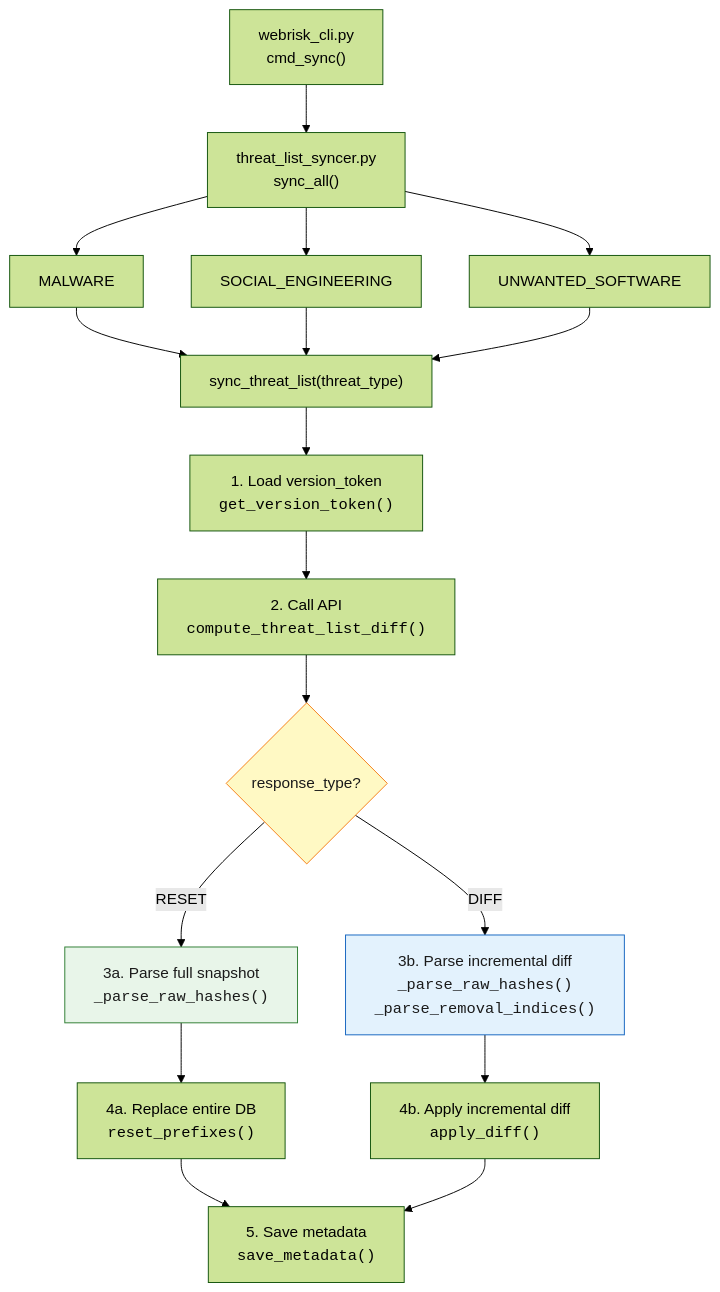
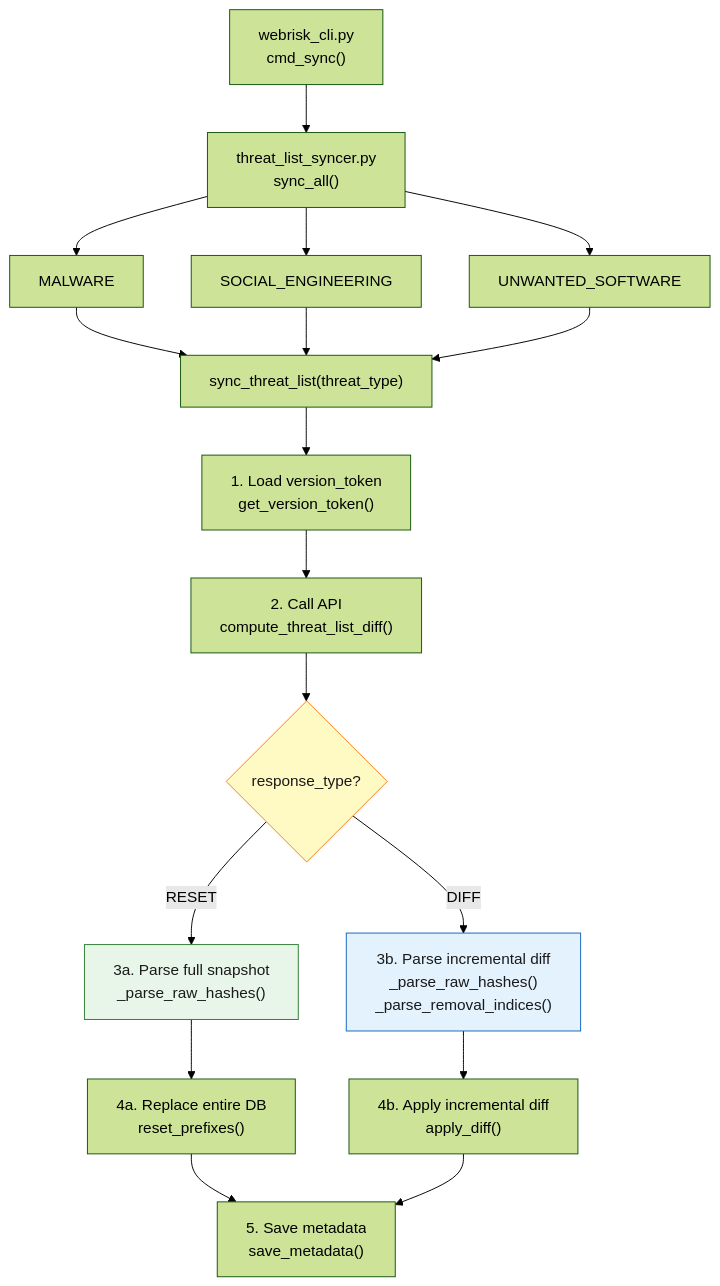
One commit to kataroya/web-risk-cli changed the second of 9 diagrams in WORKFLOW_GUIDE.md. Above: the diagram before and after it, drawn with Mermaid (forest theme). The commit also changed other lines of this file, not shown here.

Commit message:
refactor: Improve flowchart readability by removing unnecessary HTML breaks in Workflow Guide

````diff
--- a/WORKFLOW_GUIDE.md
+++ b/WORKFLOW_GUIDE.md
@@ -130,23 +130,23 @@
 ```mermaid
 flowchart TD
     A["webrisk_cli.py<br/>cmd_sync()"] --> B["threat_list_syncer.py<br/>sync_all()"]
     B --> C["MALWARE"]
     B --> D["SOCIAL_ENGINEERING"]
     B --> E["UNWANTED_SOFTWARE"]
     C --> F["sync_threat_list(threat_type)"]
     D --> F
     E --> F
-    F --> G["1. Load version_token<br/><code>get_version_token()</code>"]
-    G --> H["2. Call API<br/><code>compute_threat_list_diff()</code>"]
+    F --> G["1. Load version_token<br/>get_version_token()"]
+    G --> H["2. Call API<br/>compute_threat_list_diff()"]
     H --> I{"response_type?"}
-    I -->|RESET| J["3a. Parse full snapshot<br/><code>_parse_raw_hashes()</code>"]
-    I -->|DIFF| K["3b. Parse incremental diff<br/><code>_parse_raw_hashes()</code><br/><code>_parse_removal_indices()</code>"]
-    J --> L["4a. Replace entire DB<br/><code>reset_prefixes()</code>"]
-    K --> M["4b. Apply incremental diff<br/><code>apply_diff()</code>"]
-    L --> N["5. Save metadata<br/><code>save_metadata()</code>"]
+    I -->|RESET| J["3a. Parse full snapshot<br/>_parse_raw_hashes()"]
+    I -->|DIFF| K["3b. Parse incremental diff<br/>_parse_raw_hashes()<br/>_parse_removal_indices()"]
+    J --> L["4a. Replace entire DB<br/>reset_prefixes()"]
+    K --> M["4b. Apply incremental diff<br/>apply_diff()"]
+    L --> N["5. Save metadata<br/>save_metadata()"]
     M --> N
 
     style I fill:#fff9c4,stroke:#f57f17,color:#1a1a1a
     style J fill:#e8f5e9,stroke:#2e7d32,color:#1a1a1a
     style K fill:#e3f2fd,stroke:#1565c0,color:#1a1a1a
 ```
````
